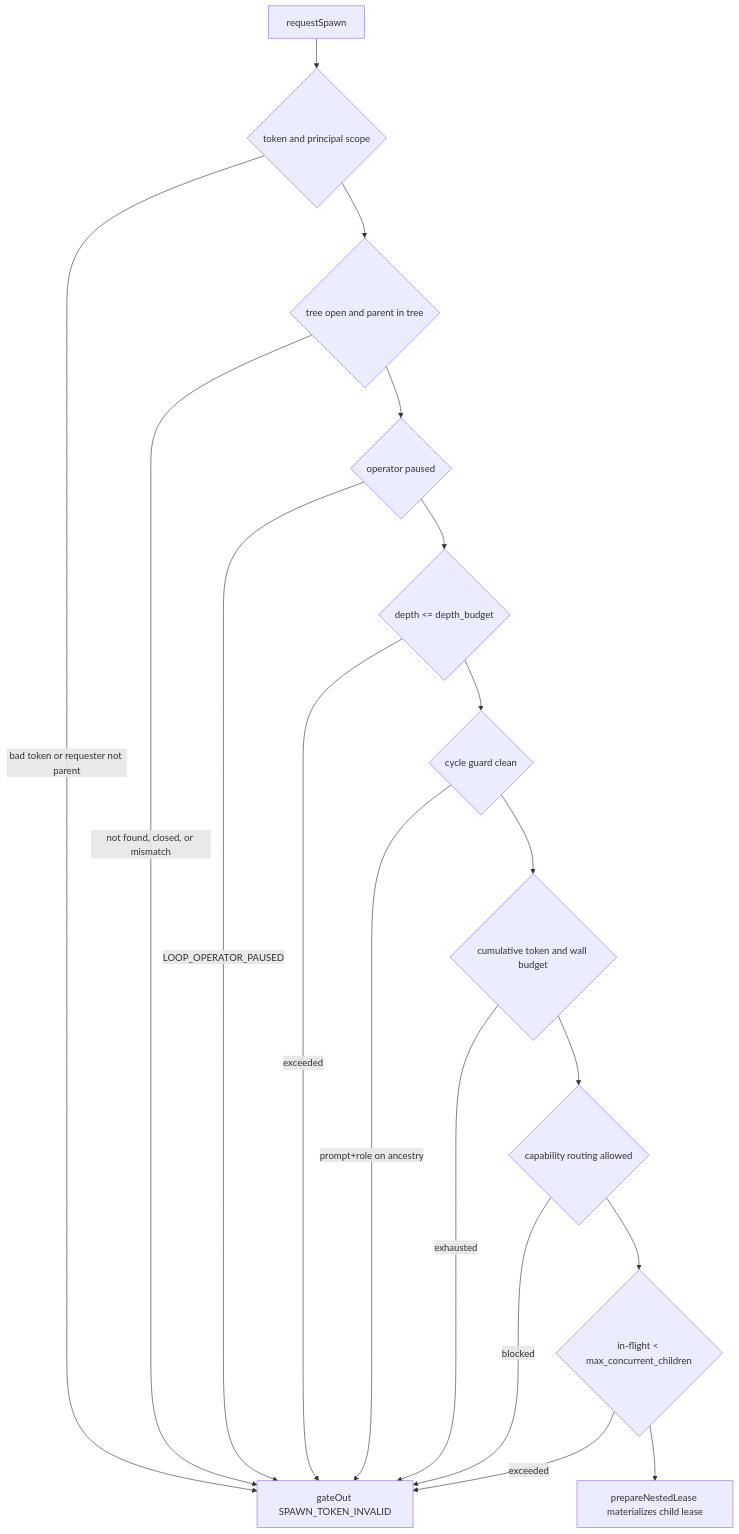
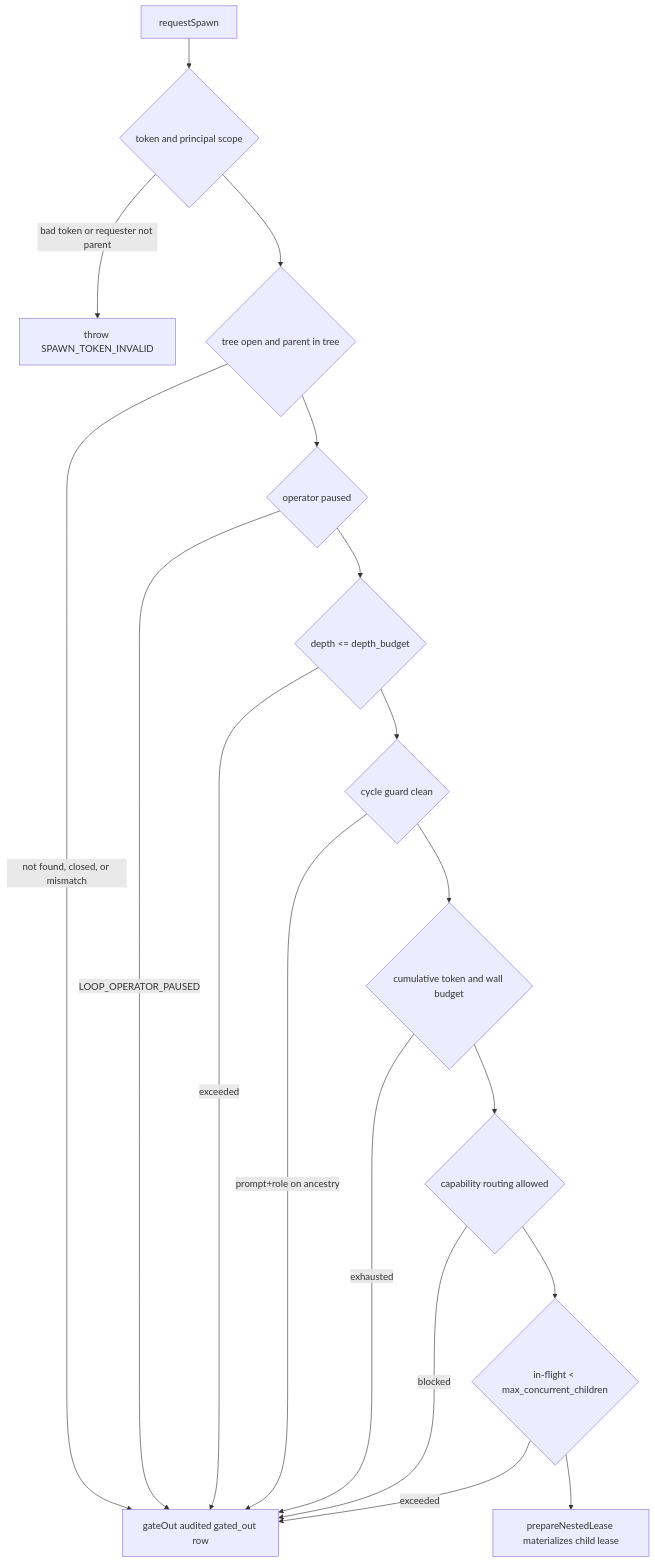
The diagram in openwiki/concepts/nested-spawn-hierarchy.md (djimit/djimitflo), drawn with Mermaid before and after one commit. The commit also changed other lines of this file and 45 other files, not shown here.

````diff
--- a/openwiki/concepts/nested-spawn-hierarchy.md
+++ b/openwiki/concepts/nested-spawn-hierarchy.md
@@ -123,20 +139,20 @@
 ```mermaid
 flowchart TD
   A["requestSpawn"] --> B{"token and principal scope"}
-  B -- "bad token or requester not parent" --> G["gateOut SPAWN_TOKEN_INVALID"]
+  B -- "bad token or requester not parent" --> X["throw SPAWN_TOKEN_INVALID"]
   B --> C{"tree open and parent in tree"}
-  C -- "not found, closed, or mismatch" --> G
+  C -- "not found, closed, or mismatch" --> G["gateOut audited gated_out row"]
   C --> D{"operator paused"}
   D -- "LOOP_OPERATOR_PAUSED" --> G
   D --> E{"depth <= depth_budget"}
   E -- "exceeded" --> G
   E --> F{"cycle guard clean"}
   F -- "prompt+role on ancestry" --> G
   F --> H{"cumulative token and wall budget"}
   H -- "exhausted" --> G
   H --> I{"capability routing allowed"}
   I -- "blocked" --> G
   I --> J{"in-flight < max_concurrent_children"}
   J -- "exceeded" --> G
   J --> K["prepareNestedLease materializes child lease"]
 ```
````
